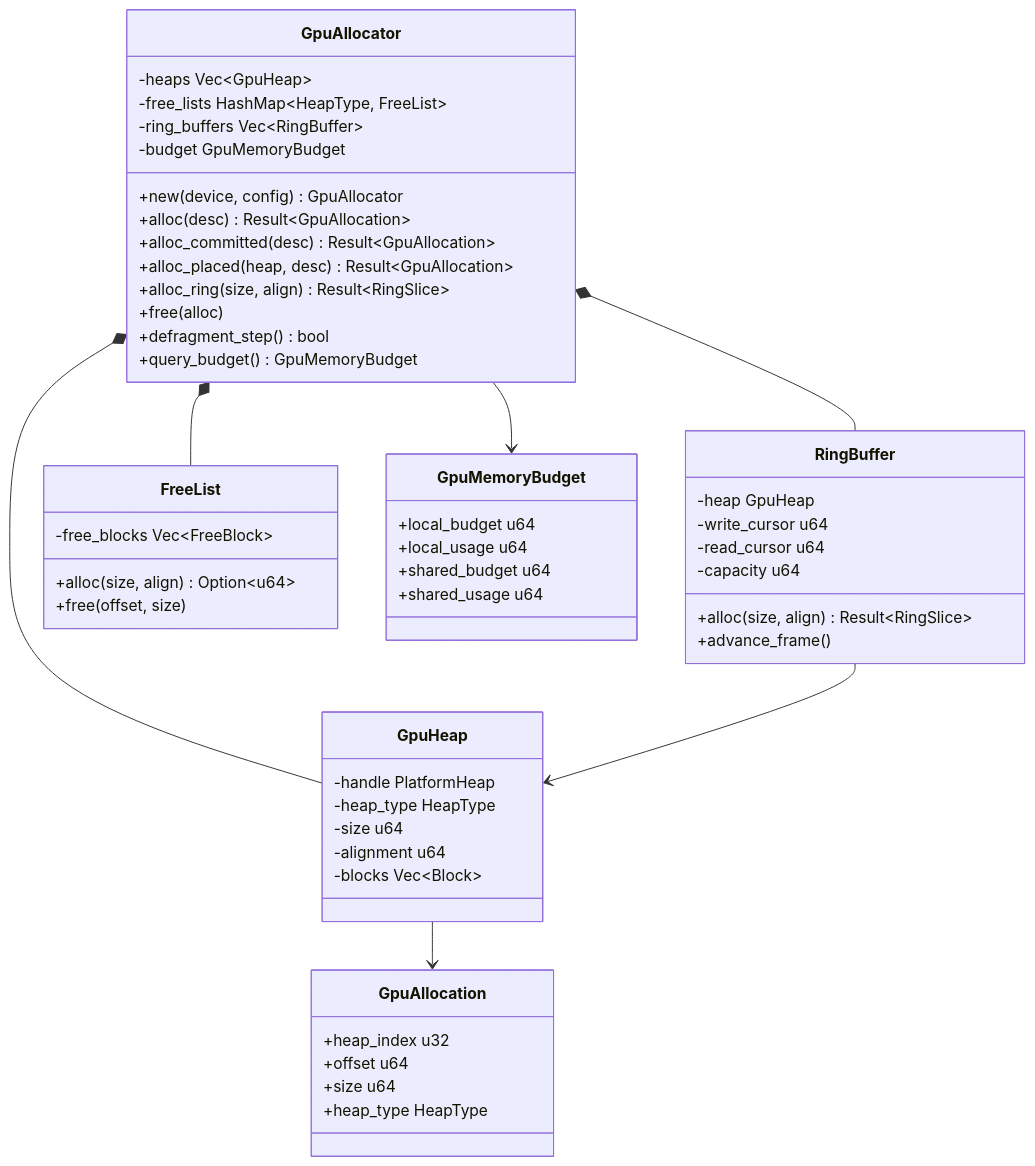
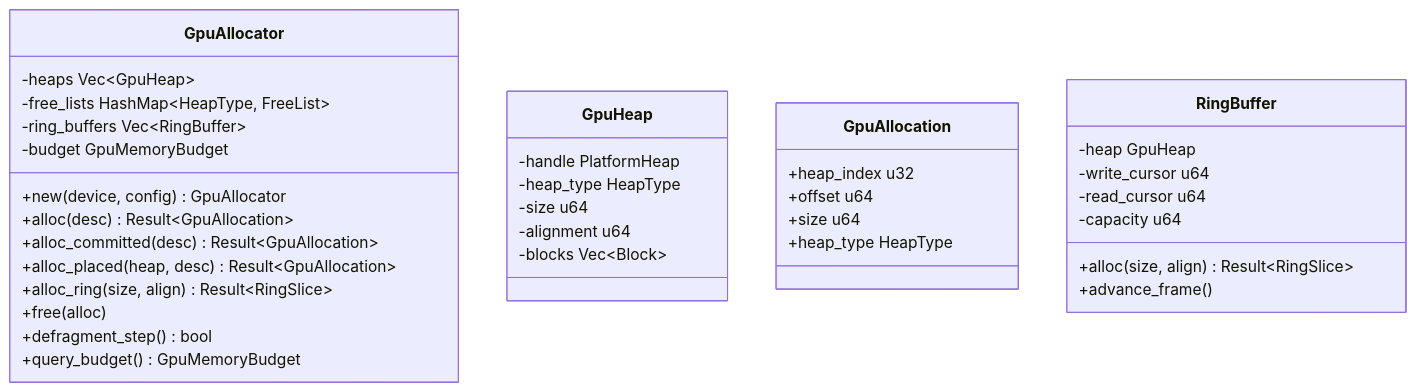
One commit to harmonius-dev/harmonius changed the sixth of 8 diagrams in docs/design/rendering/gpu-abstraction.md. Above: the diagram before and after it, drawn with Mermaid. The commit also changed other lines of this file and 292 other files, not shown here.

````diff
--- a/docs/design/rendering/gpu-abstraction.md
+++ b/docs/design/rendering/gpu-abstraction.md
@@ -349,61 +332,41 @@
 ```mermaid
 classDiagram
     class GpuAllocator {
         -heaps Vec~GpuHeap~
         -free_lists HashMap~HeapType, FreeList~
         -ring_buffers Vec~RingBuffer~
         -budget GpuMemoryBudget
         +new(device, config) GpuAllocator
         +alloc(desc) Result~GpuAllocation~
         +alloc_committed(desc) Result~GpuAllocation~
         +alloc_placed(heap, desc) Result~GpuAllocation~
         +alloc_ring(size, align) Result~RingSlice~
         +free(alloc)
         +defragment_step() bool
         +query_budget() GpuMemoryBudget
     }
 
     class GpuHeap {
         -handle PlatformHeap
         -heap_type HeapType
         -size u64
         -alignment u64
         -blocks Vec~Block~
     }
 
     class GpuAllocation {
         +heap_index u32
         +offset u64
         +size u64
         +heap_type HeapType
     }
 
     class RingBuffer {
         -heap GpuHeap
         -write_cursor u64
         -read_cursor u64
         -capacity u64
         +alloc(size, align) Result~RingSlice~
         +advance_frame()
     }
-
-    class FreeList {
-        -free_blocks Vec~FreeBlock~
-        +alloc(size, align) Option~u64~
-        +free(offset, size)
-    }
-
-    class GpuMemoryBudget {
-        +local_budget u64
-        +local_usage u64
-        +shared_budget u64
-        +shared_usage u64
-    }
-
-    GpuAllocator *-- GpuHeap
-    GpuAllocator *-- RingBuffer
-    GpuAllocator *-- FreeList
-    GpuAllocator --> GpuMemoryBudget
-    GpuHeap --> GpuAllocation
-    RingBuffer --> GpuHeap
 ```
````
